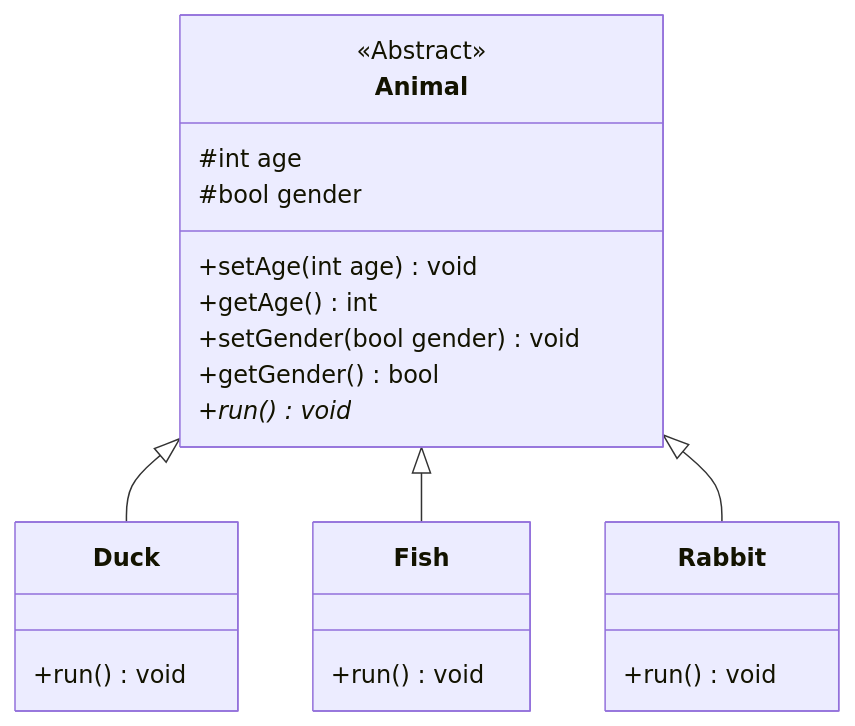
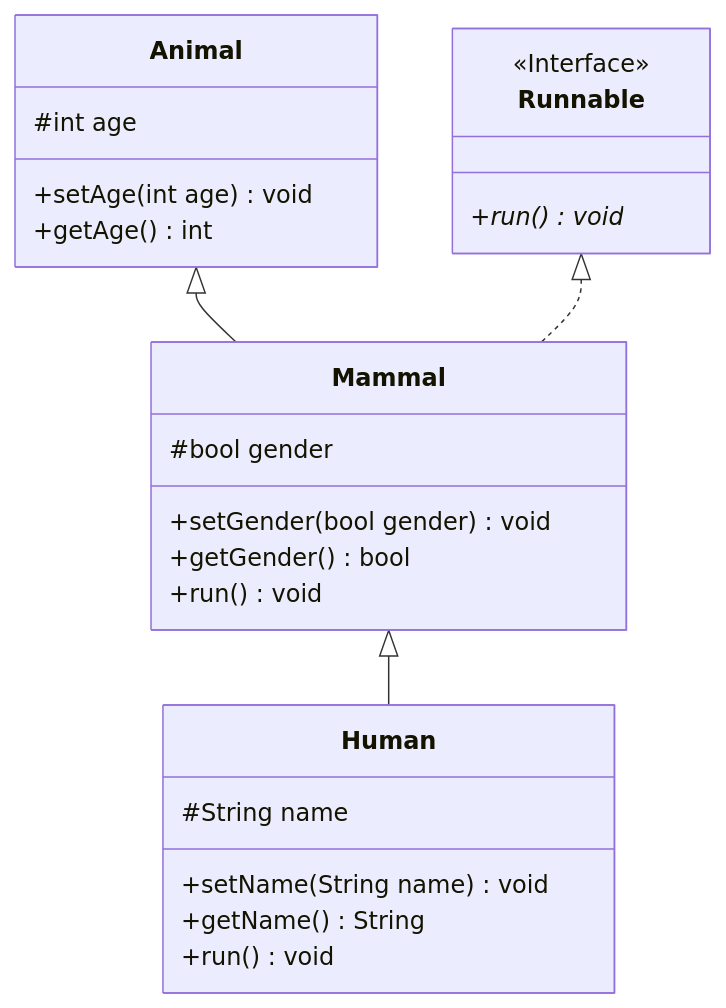
The fifth of 5 diagrams in docs/SoftwareEngineering/index.md (zhmhbest/HelloComputer), drawn with Mermaid before and after one commit. The commit also changed other lines of this file and 5 other files, not shown here.

````diff
--- a/docs/SoftwareEngineering/index.md
+++ b/docs/SoftwareEngineering/index.md
@@ -291,25 +200,31 @@
 ```mermaid
 classDiagram
+    class Runnable {
+        <<Interface>>
+        +run()* void
+    }
+
     class Animal {
-        <<Abstract>>
         #int age
+    }
+    Animal: +setAge(int age) void
+    Animal: +getAge() int
+
+    class Mammal {
         #bool gender
-        +setAge(int age) void
-        +getAge() int
         +setGender(bool gender) void
         +getGender() bool
-        +run()* void
-    }
-    class Duck {
         +run() void
     }
-    class Fish {
+
+    class Human {
+        #String name
+        +setName(String name) void
+        +getName() String
         +run() void
     }
-    class Rabbit {
-        +run() void
-    }
-    Animal <|-- Duck
-    Animal <|-- Fish
-    Animal <|-- Rabbit
+
+    Animal <|-- Mammal
+    Runnable <|.. Mammal
+    Mammal <|-- Human
 ```
````
